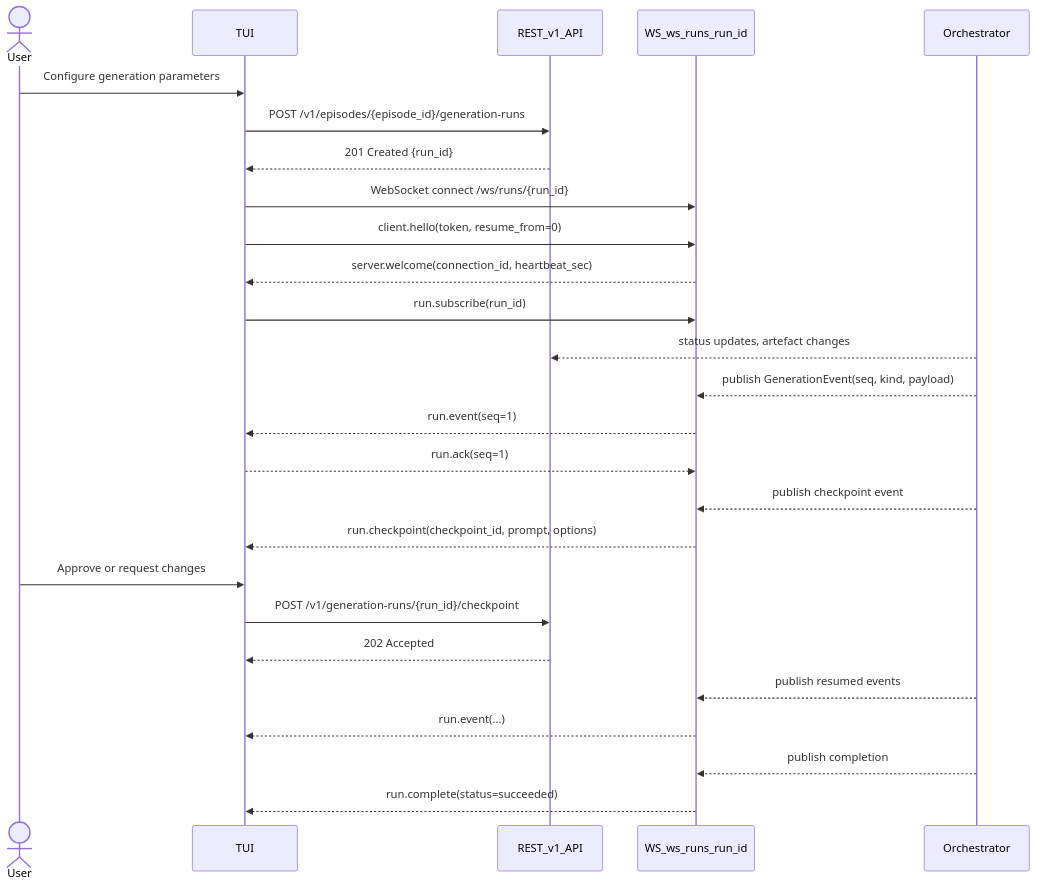
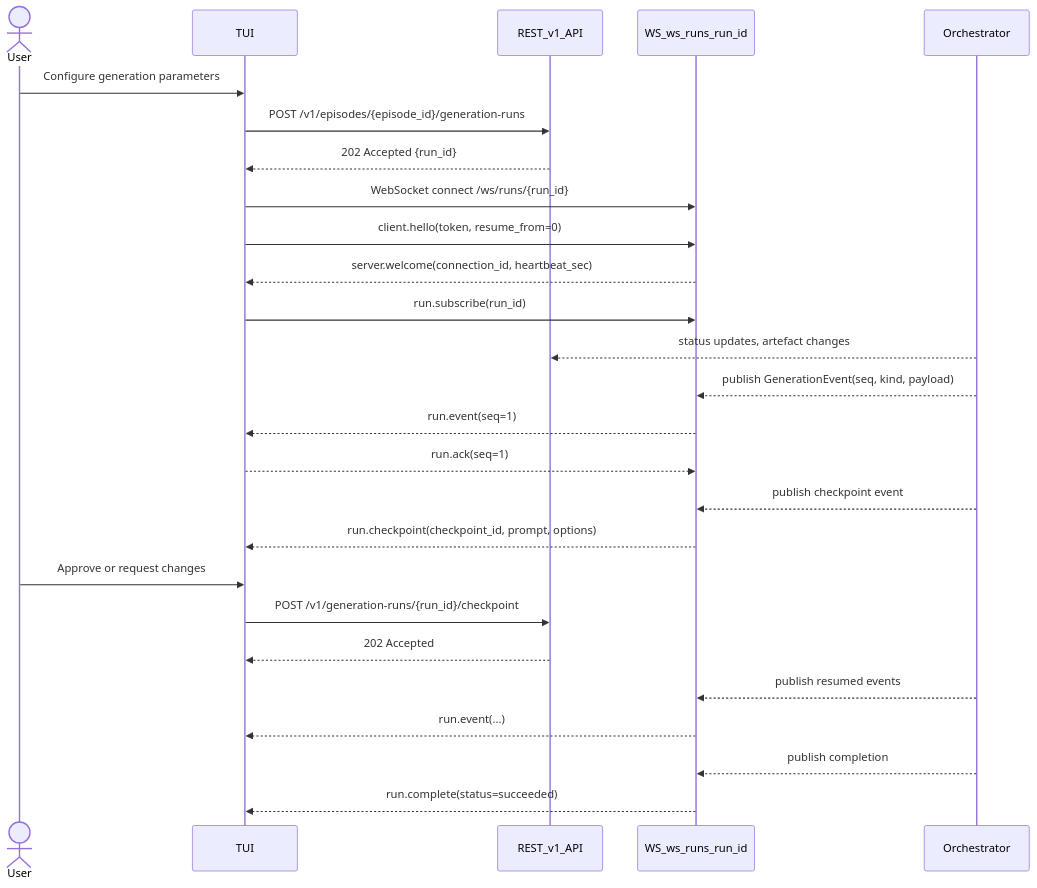
The seventh of 8 diagrams in docs/episodic-tui-api-design.md (leynos/episodic), drawn with Mermaid before and after one commit. The commit also changed 2 other files, not shown here.

Commit message:
Resolve source-to-script review comments
Make the ADR references directly clickable, add screen-reader context
before the content generation graph, and align the remaining generation-run
sequence diagram with the `202 Accepted` long-running response.

````diff
--- a/docs/episodic-tui-api-design.md
+++ b/docs/episodic-tui-api-design.md
@@ -1098,35 +1098,35 @@
 ```mermaid
 sequenceDiagram
     actor User
     participant TUI
     participant REST_v1 as REST_v1_API
     participant WS_runs as WS_ws_runs_run_id
     participant Orchestrator
 
     User->>TUI: Configure generation parameters
     TUI->>REST_v1: POST /v1/episodes/{episode_id}/generation-runs
-    REST_v1-->>TUI: 201 Created {run_id}
+    REST_v1-->>TUI: 202 Accepted {run_id}
 
     TUI->>WS_runs: WebSocket connect /ws/runs/{run_id}
     TUI->>WS_runs: client.hello(token, resume_from=0)
     WS_runs-->>TUI: server.welcome(connection_id, heartbeat_sec)
     TUI->>WS_runs: run.subscribe(run_id)
 
     Orchestrator-->>REST_v1: status updates, artefact changes
     Orchestrator-->>WS_runs: publish GenerationEvent(seq, kind, payload)
     WS_runs-->>TUI: run.event(seq=1)
     TUI-->>WS_runs: run.ack(seq=1)
 
     Orchestrator-->>WS_runs: publish checkpoint event
     WS_runs-->>TUI: run.checkpoint(checkpoint_id, prompt, options)
 
     User->>TUI: Approve or request changes
     TUI->>REST_v1: POST /v1/generation-runs/{run_id}/checkpoint
     REST_v1-->>TUI: 202 Accepted
 
     Orchestrator-->>WS_runs: publish resumed events
     WS_runs-->>TUI: run.event(...)
 
     Orchestrator-->>WS_runs: publish completion
     WS_runs-->>TUI: run.complete(status=succeeded)
 ```
````
